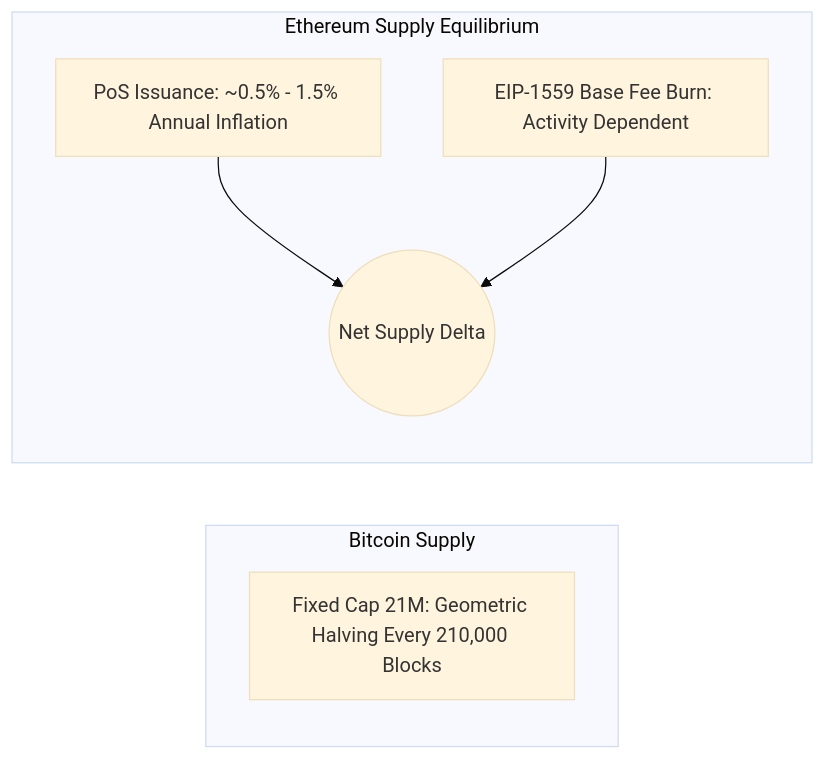
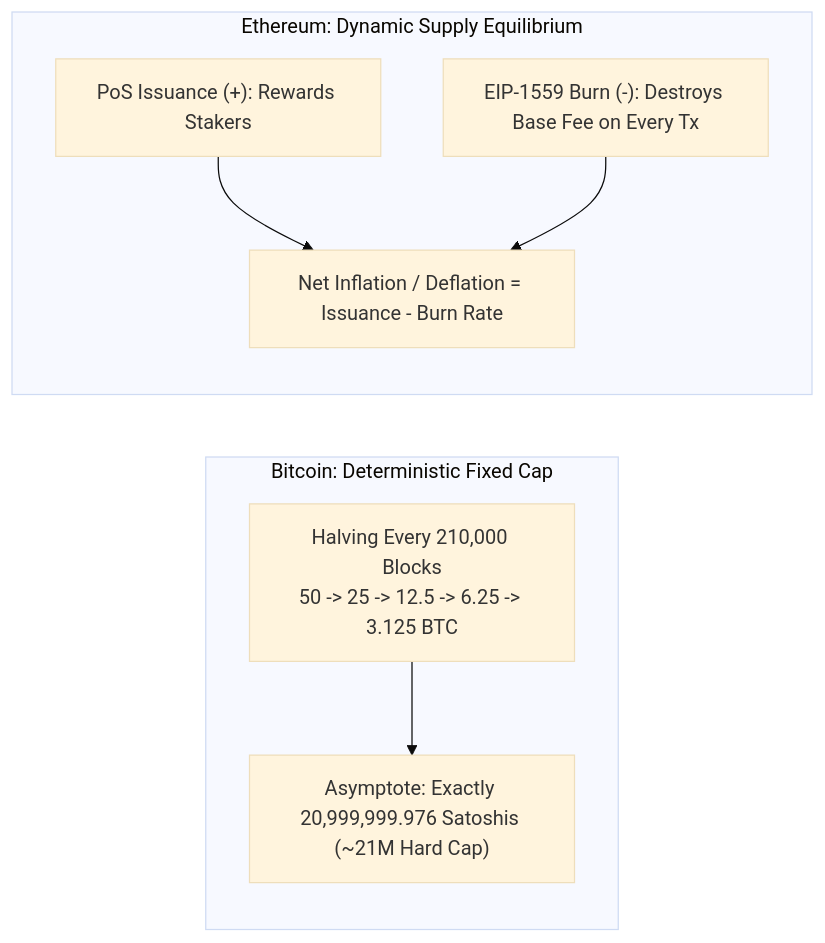
The second of 6 diagrams in docs/learn/fundamentals/05-decentralized-systems/04-tokenomics-and-economic-incentive-design.md (ub-society/modules), drawn with Mermaid (base theme) before and after one commit. The commit also changed other lines of this file and 4 other files, not shown here.

````diff
--- a/docs/learn/fundamentals/05-decentralized-systems/04-tokenomics-and-economic-incentive-design.md
+++ b/docs/learn/fundamentals/05-decentralized-systems/04-tokenomics-and-economic-incentive-design.md
@@ -34,11 +34,13 @@
 ```mermaid
 flowchart LR
-    subgraph Bitcoin Supply
-        Halving[Fixed Cap 21M: Geometric Halving Every 210,000 Blocks]
+    subgraph Bitcoin: Deterministic Fixed Cap
+        Halving["Halving Every 210,000 Blocks<br/>50 -> 25 -> 12.5 -> 6.25 -> 3.125 BTC"]
+        Halving --> FixedCap["Asymptote: Exactly 20,999,999.976 Satoshis (~21M Hard Cap)"]
     end
 
-    subgraph Ethereum Supply Equilibrium
-        PoS[PoS Issuance: ~0.5% - 1.5% Annual Inflation] --> NetSupply((Net Supply Delta))
-        Burn[EIP-1559 Base Fee Burn: Activity Dependent] --> NetSupply
+    subgraph Ethereum: Dynamic Supply Equilibrium
+        PoSIssuance["PoS Issuance (+): Rewards Stakers"]
+        EIP1559["EIP-1559 Burn (-): Destroys Base Fee on Every Tx"]
+        PoSIssuance & EIP1559 --> NetSupply["Net Inflation / Deflation = Issuance - Burn Rate"]
     end
 ```
````
